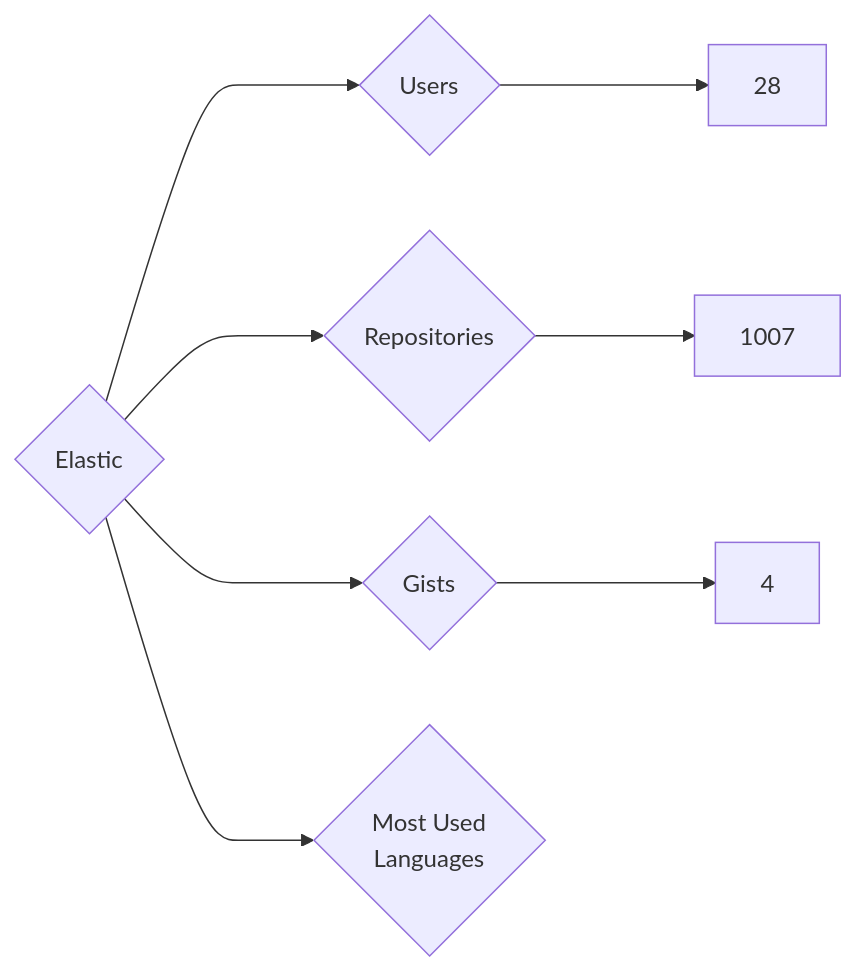
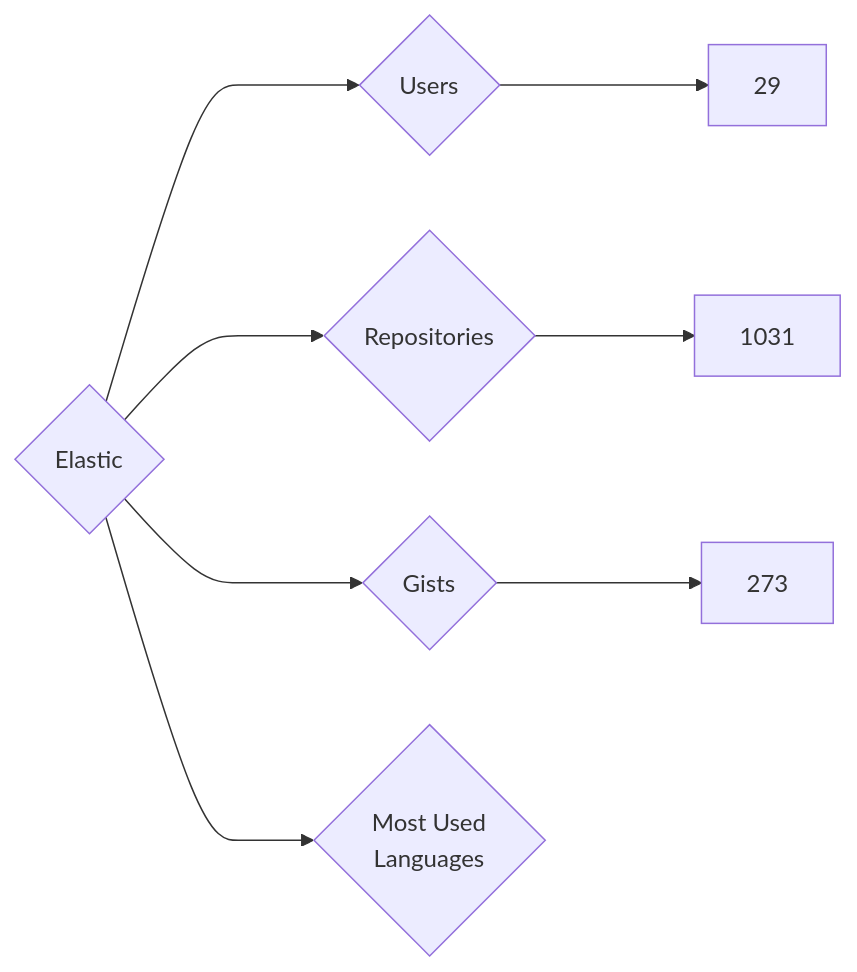
Before and after one commit to nenadzaric/insiders: the diagram in targets/Elastic/README.md, drawn with Mermaid. The commit also changed 1342 other files, not shown here.

````diff
--- a/targets/Elastic/README.md
+++ b/targets/Elastic/README.md
@@ -3,8 +3,8 @@
 ```mermaid
 graph LR
 COMPANY_NAME{Elastic}
-COMPANY_NAME ---> U{Users} ---> UN[28]
-COMPANY_NAME ---> R{Repositories} ---> RN[1007]
-COMPANY_NAME ---> G{Gists} ---> GN[4]
+COMPANY_NAME ---> U{Users} ---> UN[29]
+COMPANY_NAME ---> R{Repositories} ---> RN[1031]
+COMPANY_NAME ---> G{Gists} ---> GN[273]
 COMPANY_NAME ---> ML{Most Used<br>Languages}
 ```
````
